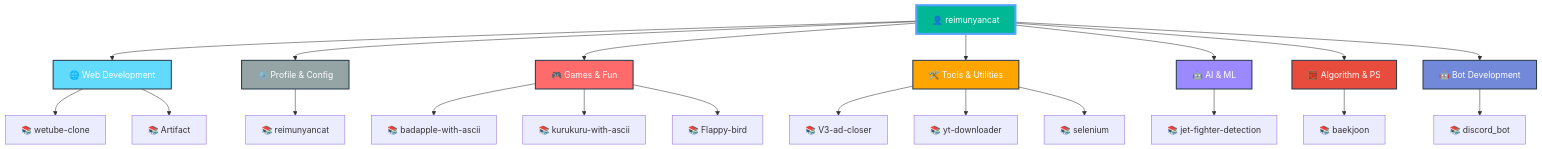
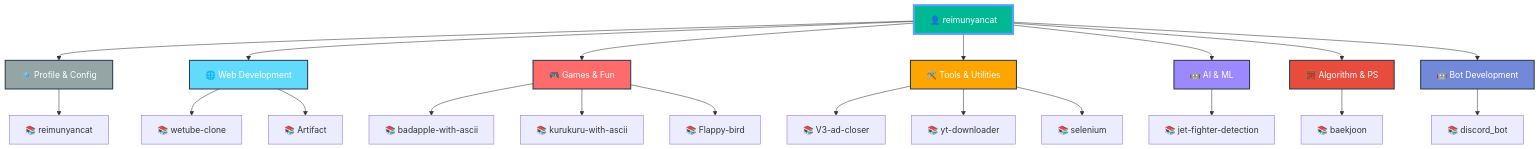
The diagram in README.md (reimunyancat/reimunyancat), drawn with Mermaid before and after one commit. The commit also changed other lines of this file, not shown here.

Commit message:
🤖 Auto-update README with latest repositories

````diff
--- a/README.md
+++ b/README.md
@@ -160,39 +160,39 @@
 ```mermaid
 graph TD
   A[👤 reimunyancat]
 
-  A --> CAT0[🌐 Web Development]
-  CAT0 --> CAT0_0[📚 wetube-clone]
-  CAT0 --> CAT0_1[📚 Artifact]
+  A --> CAT0[⚙️ Profile & Config]
+  CAT0 --> CAT0_0[📚 reimunyancat]
 
-  A --> CAT1[⚙️ Profile & Config]
-  CAT1 --> CAT1_0[📚 reimunyancat]
+  A --> CAT1[🌐 Web Development]
+  CAT1 --> CAT1_0[📚 wetube-clone]
+  CAT1 --> CAT1_1[📚 Artifact]
 
   A --> CAT2[🎮 Games & Fun]
   CAT2 --> CAT2_0[📚 badapple-with-ascii]
   CAT2 --> CAT2_1[📚 kurukuru-with-ascii]
   CAT2 --> CAT2_2[📚 Flappy-bird]
 
   A --> CAT3[🛠️ Tools & Utilities]
   CAT3 --> CAT3_0[📚 V3-ad-closer]
   CAT3 --> CAT3_1[📚 yt-downloader]
   CAT3 --> CAT3_2[📚 selenium]
 
   A --> CAT4[🤖 AI & ML]
   CAT4 --> CAT4_0[📚 jet-fighter-detection]
 
   A --> CAT5[🧮 Algorithm & PS]
   CAT5 --> CAT5_0[📚 baekjoon]
 
   A --> CAT6[🤖 Bot Development]
   CAT6 --> CAT6_0[📚 discord_bot]
 
   style A fill:#00b894,stroke:#55a3ff,stroke-width:4px,color:#fff
-  style CAT0 fill:#61dafb,stroke:#2c3e50,stroke-width:2px,color:#fff
-  style CAT1 fill:#95a5a6,stroke:#2c3e50,stroke-width:2px,color:#fff
+  style CAT0 fill:#95a5a6,stroke:#2c3e50,stroke-width:2px,color:#fff
+  style CAT1 fill:#61dafb,stroke:#2c3e50,stroke-width:2px,color:#fff
   style CAT2 fill:#ff6b6b,stroke:#2c3e50,stroke-width:2px,color:#fff
   style CAT3 fill:#ffa500,stroke:#2c3e50,stroke-width:2px,color:#fff
   style CAT4 fill:#9c88ff,stroke:#2c3e50,stroke-width:2px,color:#fff
   style CAT5 fill:#e74c3c,stroke:#2c3e50,stroke-width:2px,color:#fff
   style CAT6 fill:#7289da,stroke:#2c3e50,stroke-width:2px,color:#fff
 ```
````
